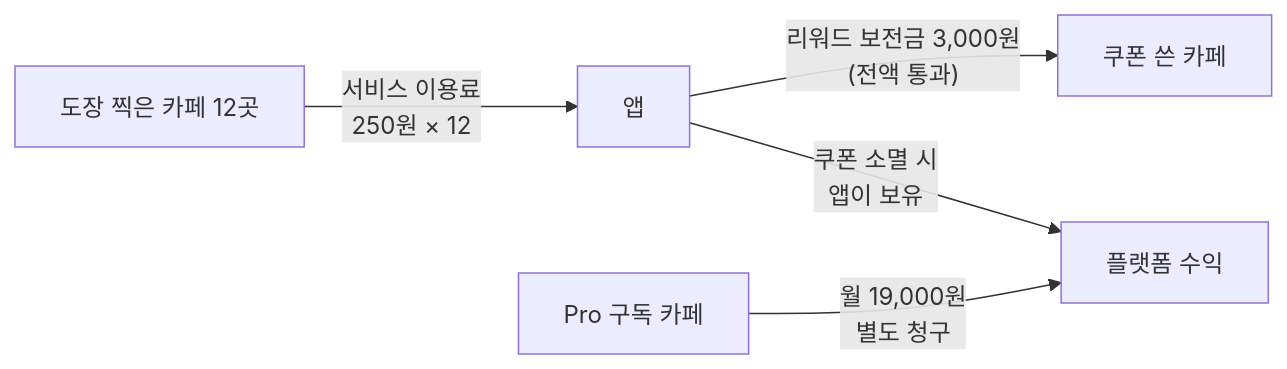
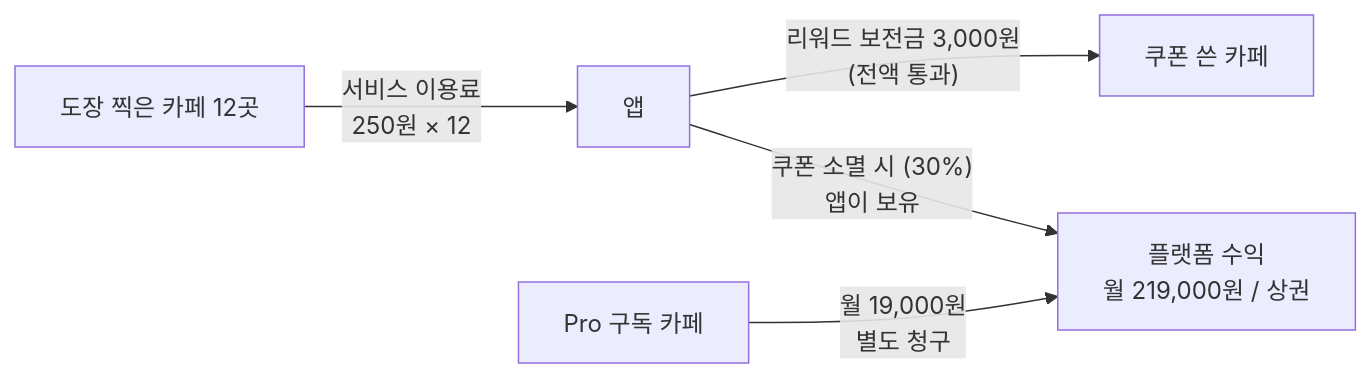
Before and after one commit to new-rim/cafe-stamp-service: the third of 3 diagrams in 아이디에이션/스탬프_혜택_정책_아이디에이션.md, drawn with Mermaid. The commit also changed other lines of this file and 1 other file, not shown here.

````diff
--- a/아이디에이션/스탬프_혜택_정책_아이디에이션.md
+++ b/아이디에이션/스탬프_혜택_정책_아이디에이션.md
@@ -369,7 +432,7 @@
 ```mermaid
 flowchart LR
     A["도장 찍은 카페 12곳"] -->|"서비스 이용료<br/>250원 × 12"| APP["앱"]
     APP -->|"리워드 보전금 3,000원<br/>(전액 통과)"| B["쿠폰 쓴 카페"]
-    APP -->|"쿠폰 소멸 시<br/>앱이 보유"| REV["플랫폼 수익"]
+    APP -->|"쿠폰 소멸 시 (30%)<br/>앱이 보유"| REV["플랫폼 수익<br/>월 219,000원 / 상권"]
     C["Pro 구독 카페"] -->|"월 19,000원<br/>별도 청구"| REV
 ```
````
